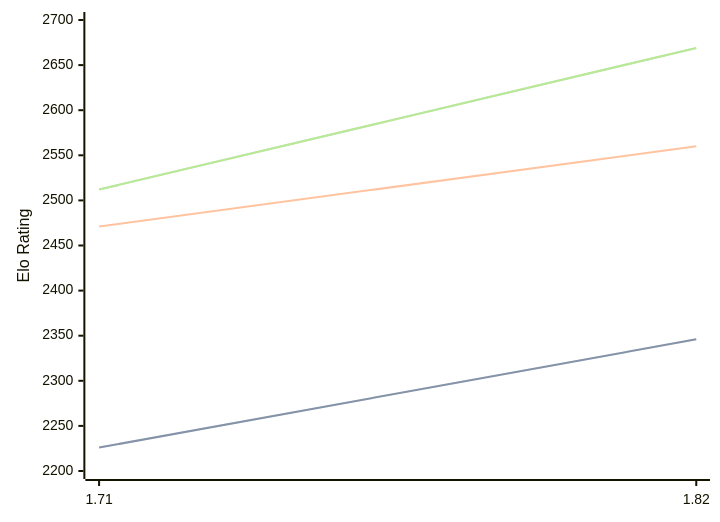
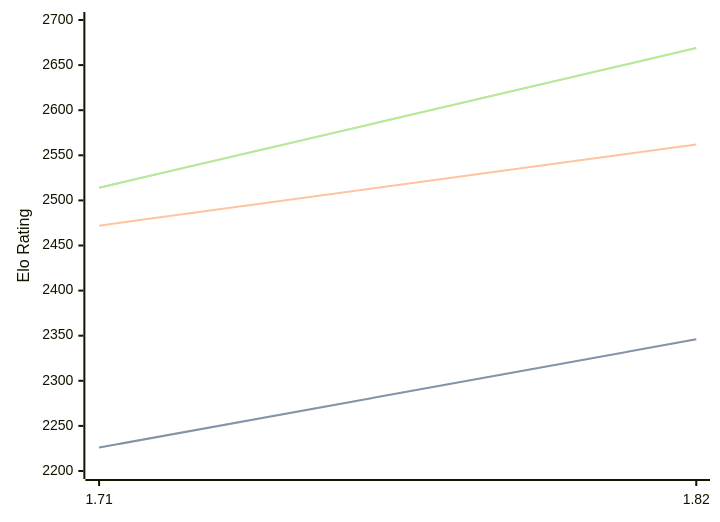
The diagram in engines/Amira.md (computer-chess-index/cci), drawn with Mermaid before and after one commit. The commit also changed other lines of this file, not shown here.

Commit message:
Update CCI Ratings (ELO VLTC) - 2026-04-25

````diff
--- a/engines/Amira.md
+++ b/engines/Amira.md
@@ -35,11 +35,11 @@
 ```mermaid
 %%{init: {"theme":"base","themeVariables":{"seriesColors:['#a3a3a3','#222221','#faa371']}}}%%
 xychart-beta
   x-axis ["1.71", "1.82"]
   y-axis "Elo Rating" 2200 --> 2700
   line "STC (8.0+0.08s)" [2226, 2346]
   line "STC (8.0+0.08s)" [2226, 2346]
-  line "LTC (60.0+0.60s)" [2471, 2560]
-  line "VLTC (2m24s+1.12s)" [2512, 2669]
-  line "VLTC (2m24s+1.12s)" [2512, 2669]
+  line "LTC (60.0+0.60s)" [2472, 2562]
+  line "VLTC (2m24s+1.12s)" [2514, 2669]
+  line "VLTC (2m24s+1.12s)" [2514, 2669]
 ```
````
